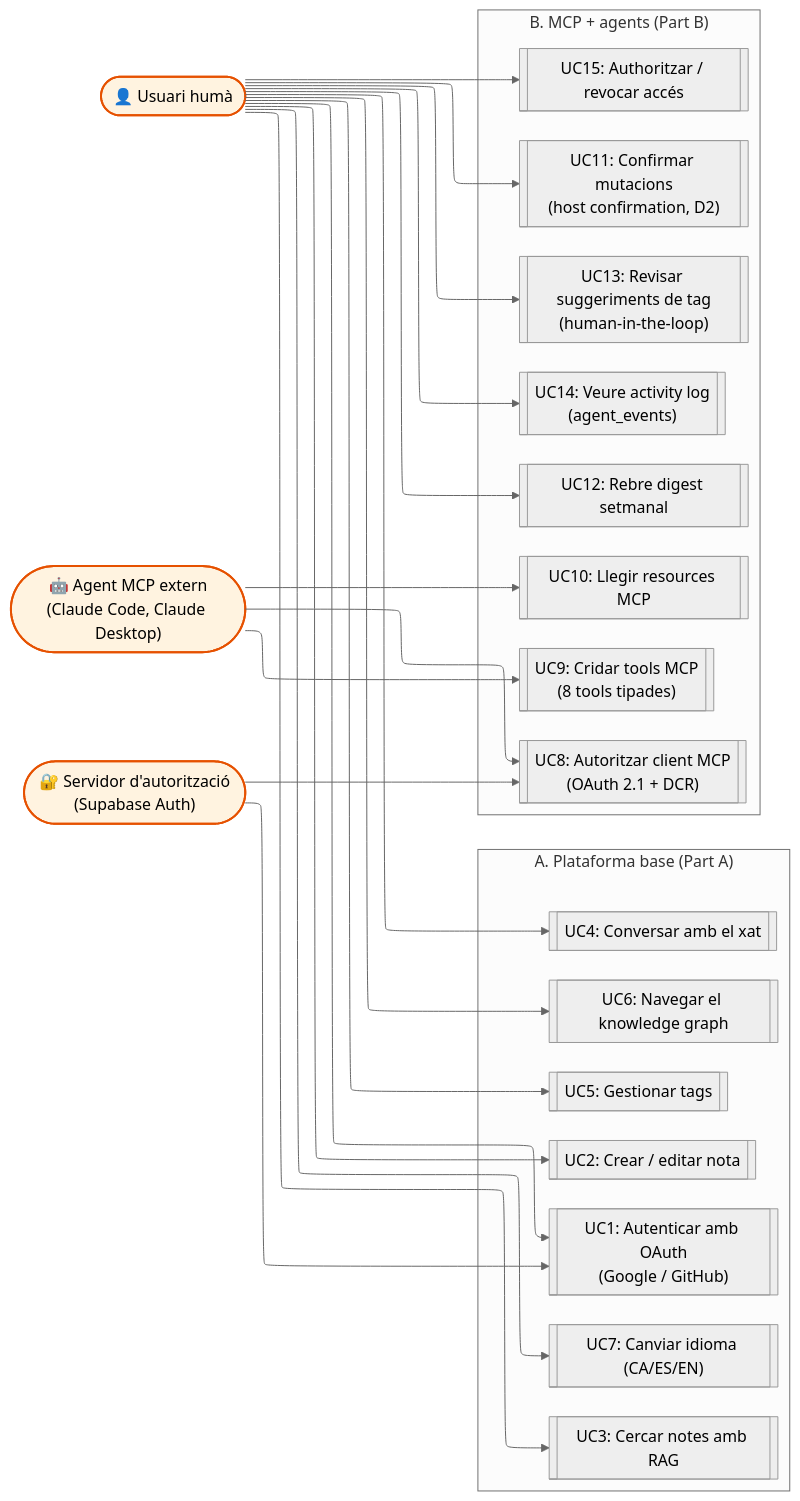
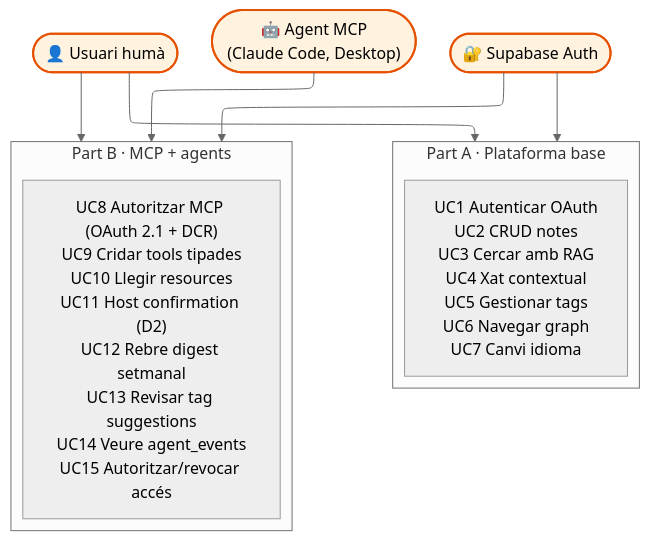
The diagram in tfg/figures/use-cases.mmd (sergi-izquierdo/synapse-notes), drawn with Mermaid before and after one commit. The commit also changed 16 other files, not shown here.

```diff
--- a/tfg/figures/use-cases.mmd
+++ b/tfg/figures/use-cases.mmd
@@ -1,55 +1,28 @@
 ---
 config:
   theme: neutral
   layout: elk
   look: classic
 ---
-flowchart LR
+flowchart TB
     User(["👤 Usuari humà"]):::actor
-    Agent(["🤖 Agent MCP extern<br/>(Claude Code, Claude Desktop)"]):::actor
-    OAuth(["🔐 Servidor d'autorització<br/>(Supabase Auth)"]):::actor
+    Agent(["🤖 Agent MCP<br/>(Claude Code, Desktop)"]):::actor
+    OAuth(["🔐 Supabase Auth"]):::actor
 
-    subgraph A["A. Plataforma base (Part A)"]
+    subgraph A["Part A · Plataforma base"]
         direction TB
-        UC1[["UC1: Autenticar amb OAuth<br/>(Google / GitHub)"]]
-        UC2[["UC2: Crear / editar nota"]]
-        UC3[["UC3: Cercar notes amb RAG"]]
-        UC4[["UC4: Conversar amb el xat"]]
-        UC5[["UC5: Gestionar tags"]]
-        UC6[["UC6: Navegar el knowledge graph"]]
-        UC7[["UC7: Canviar idioma (CA/ES/EN)"]]
+        UCA["UC1 Autenticar OAuth<br/>UC2 CRUD notes<br/>UC3 Cercar amb RAG<br/>UC4 Xat contextual<br/>UC5 Gestionar tags<br/>UC6 Navegar graph<br/>UC7 Canvi idioma"]
     end
 
-    subgraph B["B. MCP + agents (Part B)"]
+    subgraph B["Part B · MCP + agents"]
         direction TB
-        UC8[["UC8: Autoritzar client MCP<br/>(OAuth 2.1 + DCR)"]]
-        UC9[["UC9: Cridar tools MCP<br/>(8 tools tipades)"]]
-        UC10[["UC10: Llegir resources MCP"]]
-        UC11[["UC11: Confirmar mutacions<br/>(host confirmation, D2)"]]
-        UC12[["UC12: Rebre digest setmanal"]]
-        UC13[["UC13: Revisar suggeriments de tag<br/>(human-in-the-loop)"]]
-        UC14[["UC14: Veure activity log<br/>(agent_events)"]]
-        UC15[["UC15: Authoritzar / revocar accés"]]
+        UCB["UC8 Autoritzar MCP (OAuth 2.1 + DCR)<br/>UC9 Cridar tools tipades<br/>UC10 Llegir resources<br/>UC11 Host confirmation (D2)<br/>UC12 Rebre digest setmanal<br/>UC13 Revisar tag suggestions<br/>UC14 Veure agent_events<br/>UC15 Autoritzar/revocar accés"]
     end
 
-    User --> UC1
-    User --> UC2
-    User --> UC3
-    User --> UC4
-    User --> UC5
-    User --> UC6
-    User --> UC7
-    User --> UC11
-    User --> UC12
-    User --> UC13
-    User --> UC14
-    User --> UC15
-
-    Agent --> UC8
-    Agent --> UC9
-    Agent --> UC10
-
-    OAuth --> UC1
-    OAuth --> UC8
+    User --> A
+    User --> B
+    Agent --> B
+    OAuth --> A
+    OAuth --> B
 
     classDef actor fill:#fff3e0,stroke:#e65100,stroke-width:2px,color:#000;
```
